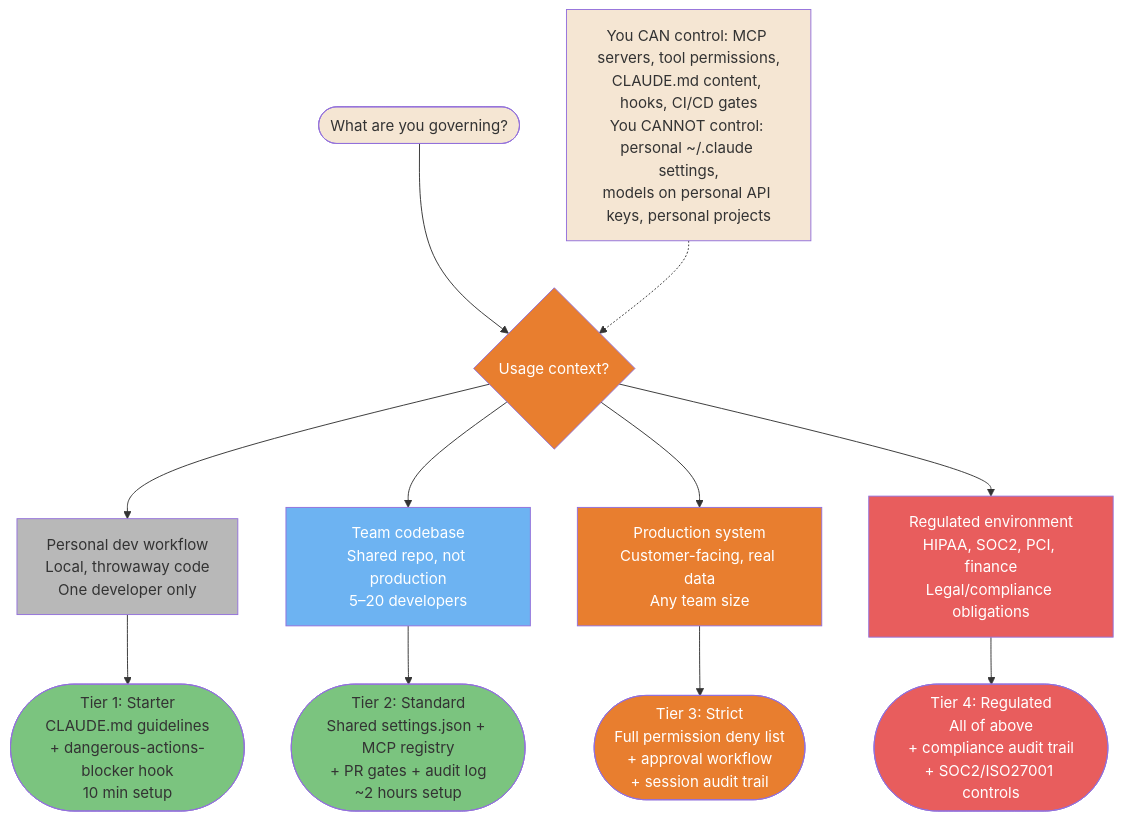
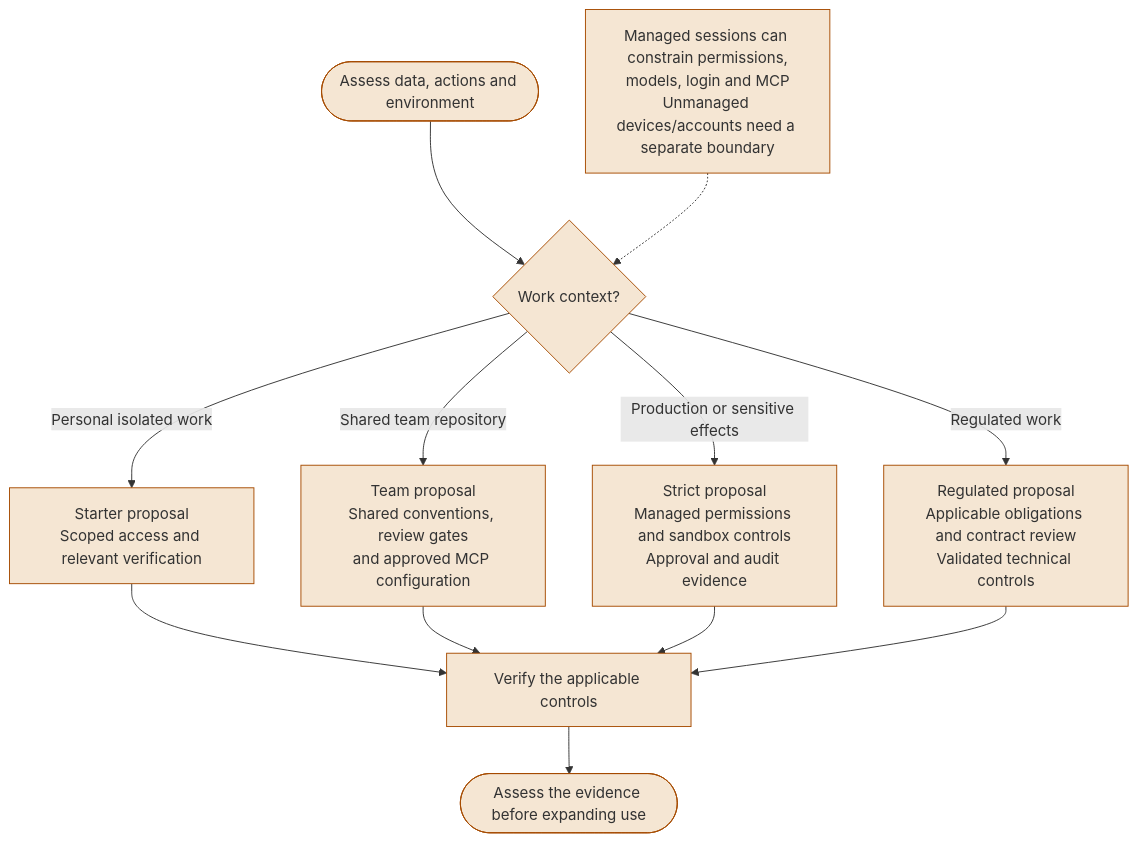
One commit to FlorianBruniaux/claude-code-ultimate-guide changed the first of 3 diagrams in guide/diagrams/12-enterprise-governance.md. Above: the diagram before and after it, drawn with Mermaid. The commit also changed other lines of this file and 17 other files, not shown here.

Commit message:
docs: refresh all diagrams and correct their source guidance

````diff
--- a/guide/diagrams/12-enterprise-governance.md
+++ b/guide/diagrams/12-enterprise-governance.md
@@ -19,40 +17,26 @@
 ```mermaid
 flowchart TD
-    A([What are you governing?]) --> B{Usage context?}
+    A([Assess data, actions and environment]) --> B{Work context?}
+    B -->|Personal isolated work| C[Starter proposal<br/>Scoped access and relevant verification]
+    B -->|Shared team repository| D[Team proposal<br/>Shared conventions, review gates<br/>and approved MCP configuration]
+    B -->|Production or sensitive effects| E[Strict proposal<br/>Managed permissions and sandbox controls<br/>Approval and audit evidence]
+    B -->|Regulated work| F[Regulated proposal<br/>Applicable obligations and contract review<br/>Validated technical controls]
+    C --> G[Verify the applicable controls]
+    D --> G
+    E --> G
+    F --> G
+    H[Managed sessions can constrain permissions,<br/>models, login and MCP<br/>Unmanaged devices/accounts need a separate boundary] -.-> B
+    G --> I([Assess the evidence before expanding use])
 
-    B --> P["Personal dev workflow<br/>Local, throwaway code<br/>One developer only"]
-    B --> T["Team codebase<br/>Shared repo, not production<br/>5–20 developers"]
-    B --> PR["Production system<br/>Customer-facing, real data<br/>Any team size"]
-    B --> REG["Regulated environment<br/>HIPAA, SOC2, PCI, finance<br/>Legal/compliance obligations"]
-
-    P --> TIER1(["Tier 1: Starter<br/>CLAUDE.md guidelines<br/>+ dangerous-actions-blocker hook<br/>10 min setup"])
-    T --> TIER2(["Tier 2: Standard<br/>Shared settings.json + MCP registry<br/>+ PR gates + audit log<br/>~2 hours setup"])
-    PR --> TIER3(["Tier 3: Strict<br/>Full permission deny list<br/>+ approval workflow<br/>+ session audit trail"])
-    REG --> TIER4(["Tier 4: Regulated<br/>All of above<br/>+ compliance audit trail<br/>+ SOC2/ISO27001 controls"])
-
-    NOTE["You CAN control: MCP servers, tool permissions,<br/>CLAUDE.md content, hooks, CI/CD gates<br/>You CANNOT control: personal ~/.claude settings,<br/>models on personal API keys, personal projects"] -.-> B
-
-    style A fill:#F5E6D3,color:#333
-    style B fill:#E87E2F,color:#fff
-    style P fill:#B8B8B8,color:#333
-    style T fill:#6DB3F2,color:#fff
-    style PR fill:#E87E2F,color:#fff
-    style REG fill:#E85D5D,color:#fff
-    style TIER1 fill:#7BC47F,color:#333
-    style TIER2 fill:#7BC47F,color:#333
-    style TIER3 fill:#E87E2F,color:#fff
-    style TIER4 fill:#E85D5D,color:#fff
-    style NOTE fill:#F5E6D3,color:#333
-
-    click A href "https://github.com/FlorianBruniaux/claude-code-ultimate-guide/blob/main/guide/security/enterprise-governance.md#1-local-vs-shared-the-governance-split" "What are you governing?"
-    click B href "https://github.com/FlorianBruniaux/claude-code-ultimate-guide/blob/main/guide/security/enterprise-governance.md#1-local-vs-shared-the-governance-split" "Usage context?"
-    click P href "https://github.com/FlorianBruniaux/claude-code-ultimate-guide/blob/main/guide/security/enterprise-governance.md#4-guardrail-tiers" "Personal dev workflow"
-    click T href "https://github.com/FlorianBruniaux/claude-code-ultimate-guide/blob/main/guide/security/enterprise-governance.md#4-guardrail-tiers" "Team codebase"
-    click PR href "https://github.com/FlorianBruniaux/claude-code-ultimate-guide/blob/main/guide/security/enterprise-governance.md#4-guardrail-tiers" "Production system"
-    click REG href "https://github.com/FlorianBruniaux/claude-code-ultimate-guide/blob/main/guide/security/enterprise-governance.md#4-guardrail-tiers" "Regulated environment"
-    click TIER1 href "https://github.com/FlorianBruniaux/claude-code-ultimate-guide/blob/main/guide/security/enterprise-governance.md#4-guardrail-tiers" "Tier 1: Starter"
-    click TIER2 href "https://github.com/FlorianBruniaux/claude-code-ultimate-guide/blob/main/guide/security/enterprise-governance.md#4-guardrail-tiers" "Tier 2: Standard"
-    click TIER3 href "https://github.com/FlorianBruniaux/claude-code-ultimate-guide/blob/main/guide/security/enterprise-governance.md#4-guardrail-tiers" "Tier 3: Strict"
-    click TIER4 href "https://github.com/FlorianBruniaux/claude-code-ultimate-guide/blob/main/guide/security/enterprise-governance.md#4-guardrail-tiers" "Tier 4: Regulated"
-    click NOTE href "https://github.com/FlorianBruniaux/claude-code-ultimate-guide/blob/main/guide/security/enterprise-governance.md#12-what-you-can-and-cant-control" "What you can/cannot control"
+    classDef diagramNode fill:#F5E6D3,color:#333,stroke:#A64B00
+    class A,B,C,D,E,F,G,H,I diagramNode
+    click A href "https://github.com/FlorianBruniaux/claude-code-ultimate-guide/blob/main/guide/security/enterprise-governance.md#1-local-vs-shared-the-governance-split" "View in guide"
+    click B href "https://github.com/FlorianBruniaux/claude-code-ultimate-guide/blob/main/guide/security/enterprise-governance.md#1-local-vs-shared-the-governance-split" "View in guide"
+    click C href "https://github.com/FlorianBruniaux/claude-code-ultimate-guide/blob/main/guide/security/enterprise-governance.md#1-local-vs-shared-the-governance-split" "View in guide"
+    click D href "https://github.com/FlorianBruniaux/claude-code-ultimate-guide/blob/main/guide/security/enterprise-governance.md#1-local-vs-shared-the-governance-split" "View in guide"
+    click E href "https://github.com/FlorianBruniaux/claude-code-ultimate-guide/blob/main/guide/security/enterprise-governance.md#1-local-vs-shared-the-governance-split" "View in guide"
+    click F href "https://github.com/FlorianBruniaux/claude-code-ultimate-guide/blob/main/guide/security/enterprise-governance.md#1-local-vs-shared-the-governance-split" "View in guide"
+    click G href "https://github.com/FlorianBruniaux/claude-code-ultimate-guide/blob/main/guide/security/enterprise-governance.md#1-local-vs-shared-the-governance-split" "View in guide"
+    click H href "https://github.com/FlorianBruniaux/claude-code-ultimate-guide/blob/main/guide/security/enterprise-governance.md#1-local-vs-shared-the-governance-split" "View in guide"
+    click I href "https://github.com/FlorianBruniaux/claude-code-ultimate-guide/blob/main/guide/security/enterprise-governance.md#1-local-vs-shared-the-governance-split" "View in guide"
 ```
````
